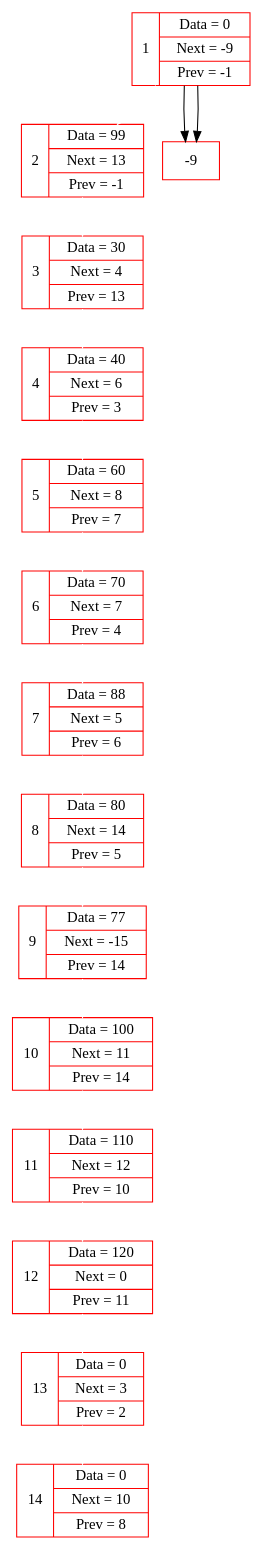
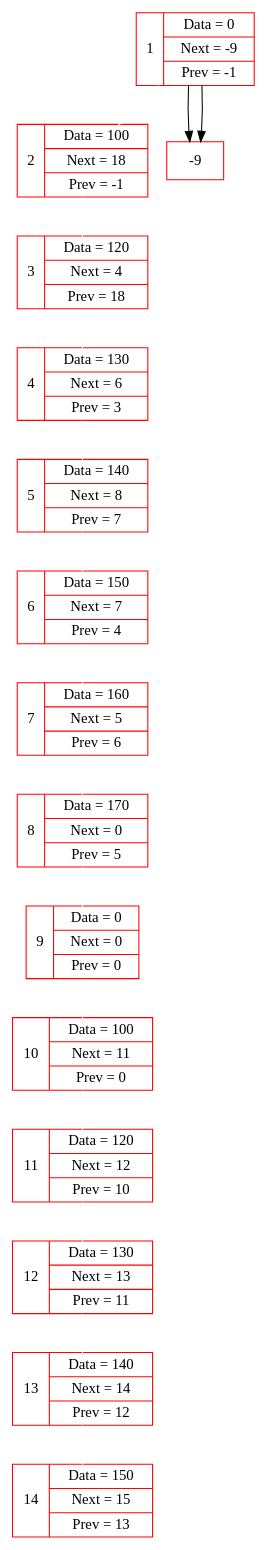
The diagram in example2.dot (vktr-ktzv/My_List), drawn with Graphviz before and after one commit. The commit also changed 8 other files, not shown here.

```diff
--- a/example2.dot
+++ b/example2.dot
@@ -1,35 +1,35 @@
 digraph DUMP { 
  node [shape=record, color = "red"]
 ;1[label = "{1}|{Data = 0| Next = -9| Prev = -1}"];
-2[label = "{2}|{Data = 99| Next = 13| Prev = -1}"];
-3[label = "{3}|{Data = 30| Next = 4| Prev = 13}"];
-4[label = "{4}|{Data = 40| Next = 6| Prev = 3}"];
-5[label = "{5}|{Data = 60| Next = 8| Prev = 7}"];
-6[label = "{6}|{Data = 70| Next = 7| Prev = 4}"];
-7[label = "{7}|{Data = 88| Next = 5| Prev = 6}"];
-8[label = "{8}|{Data = 80| Next = 14| Prev = 5}"];
-9[label = "{9}|{Data = 77| Next = -15| Prev = 14}"];
-10[label = "{10}|{Data = 100| Next = 11| Prev = 14}"];
-11[label = "{11}|{Data = 110| Next = 12| Prev = 10}"];
-12[label = "{12}|{Data = 120| Next = 0| Prev = 11}"];
-13[label = "{13}|{Data = 0| Next = 3| Prev = 2}"];
-14[label = "{14}|{Data = 0| Next = 10| Prev = 8}"];
+2[label = "{2}|{Data = 100| Next = 18| Prev = -1}"];
+3[label = "{3}|{Data = 120| Next = 4| Prev = 18}"];
+4[label = "{4}|{Data = 130| Next = 6| Prev = 3}"];
+5[label = "{5}|{Data = 140| Next = 8| Prev = 7}"];
+6[label = "{6}|{Data = 150| Next = 7| Prev = 4}"];
+7[label = "{7}|{Data = 160| Next = 5| Prev = 6}"];
+8[label = "{8}|{Data = 170| Next = 0| Prev = 5}"];
+9[label = "{9}|{Data = 0| Next = 0| Prev = 0}"];
+10[label = "{10}|{Data = 100| Next = 11| Prev = 0}"];
+11[label = "{11}|{Data = 120| Next = 12| Prev = 10}"];
+12[label = "{12}|{Data = 130| Next = 13| Prev = 11}"];
+13[label = "{13}|{Data = 140| Next = 14| Prev = 12}"];
+14[label = "{14}|{Data = 150| Next = 15| Prev = 13}"];
 edge [color="white"]
  1->2; 
  2->3; 
  3->4; 
  4->5; 
  5->6; 
  6->7; 
  7->8; 
  8->9; 
  9->10; 
  10->11; 
  11->12; 
  12->13; 
  13->14; 
  edge [color="black"]
 1->-9;
 1->-9;
 
 }
```
